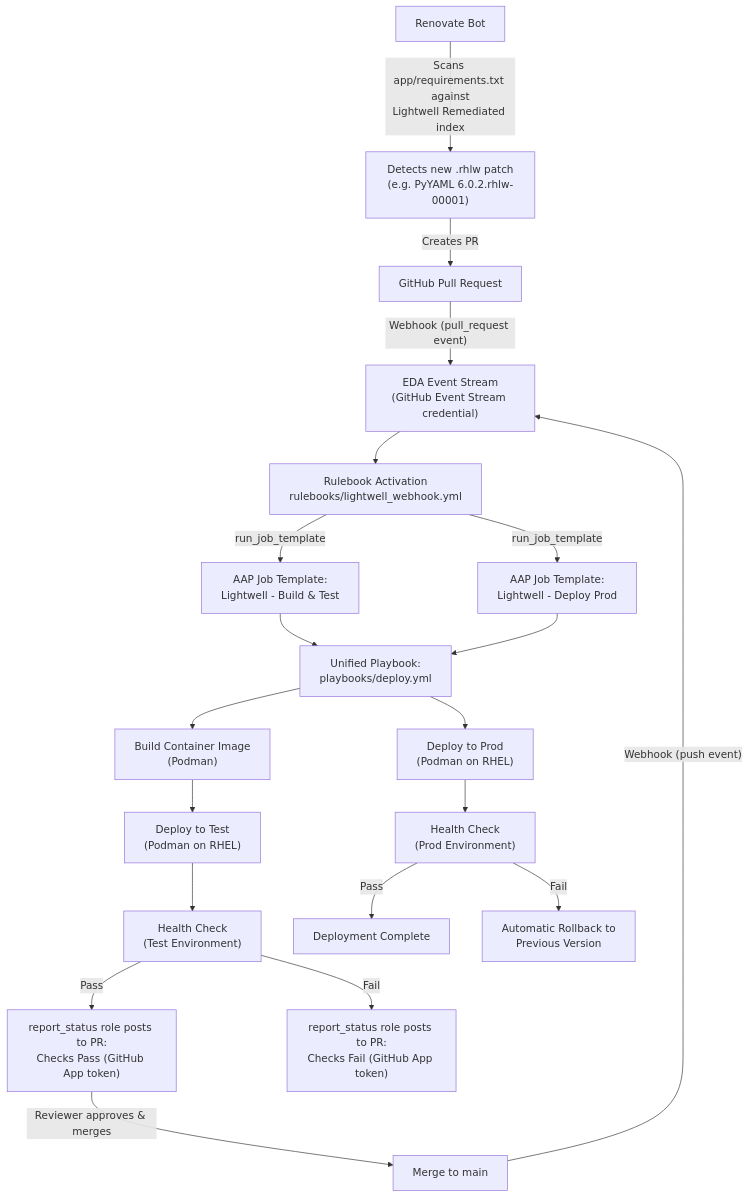
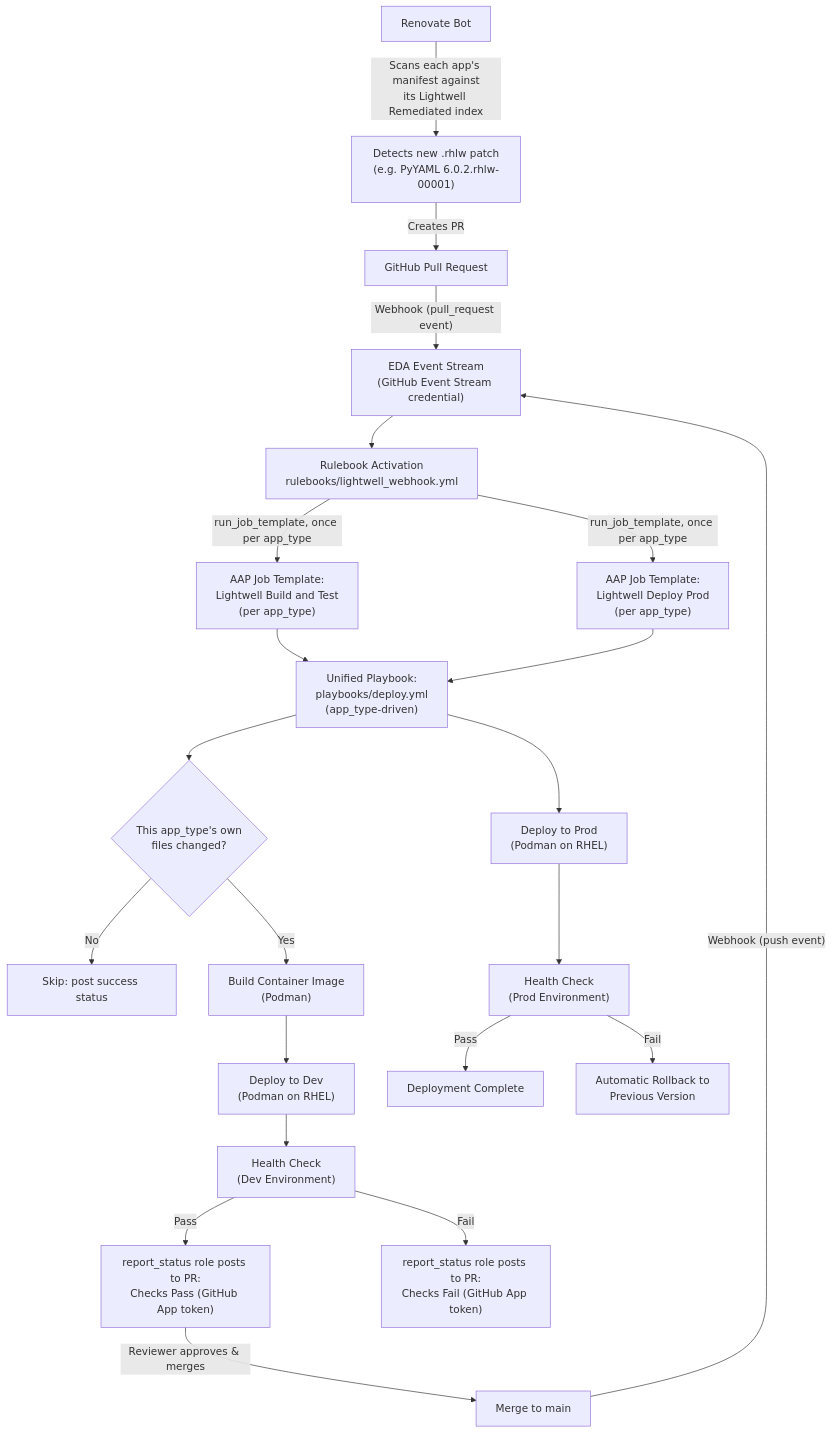
One commit to zjleblanc/ansible-lightwell changed the diagram in README.md. Above: the diagram before and after it, drawn with Mermaid. The commit also changed other lines of this file and 38 other files, not shown here.

Commit message:
Restructure repo to support multiple app types via an app_type switch

````diff
--- a/README.md
+++ b/README.md
@@ -25,22 +49,24 @@
 ```mermaid
 flowchart TD
-    RenovateBot["Renovate Bot"] -->|"Scans app/requirements.txt against\nLightwell Remediated index"| DetectPatch["Detects new .rhlw patch\n(e.g. PyYAML 6.0.2.rhlw-00001)"]
+    RenovateBot["Renovate Bot"] -->|"Scans each app's manifest against\nits Lightwell Remediated index"| DetectPatch["Detects new .rhlw patch\n(e.g. PyYAML 6.0.2.rhlw-00001)"]
     DetectPatch -->|"Creates PR"| GitHubPR["GitHub Pull Request"]
     GitHubPR -->|"Webhook (pull_request event)"| EventStream["EDA Event Stream\n(GitHub Event Stream credential)"]
     EventStream --> Rulebook["Rulebook Activation\nrulebooks/lightwell_webhook.yml"]
-    Rulebook -->|"run_job_template"| AAP_Test["AAP Job Template:\nLightwell - Build & Test"]
-    AAP_Test --> UnifiedDeploy["Unified Playbook:\nplaybooks/deploy.yml"]
-    UnifiedDeploy --> BuildImg["Build Container Image\n(Podman)"]
-    BuildImg --> DeployTest["Deploy to Test\n(Podman on RHEL)"]
-    DeployTest --> HealthTest["Health Check\n(Test Environment)"]
+    Rulebook -->|"run_job_template, once per app_type"| AAP_Test["AAP Job Template:\nLightwell Build and Test\n(per app_type)"]
+    AAP_Test --> UnifiedDeploy["Unified Playbook:\nplaybooks/deploy.yml\n(app_type-driven)"]
+    UnifiedDeploy --> PathFilter{"This app_type's own\nfiles changed?"}
+    PathFilter -->|"No"| Skip["Skip: post success status"]
+    PathFilter -->|"Yes"| BuildImg["Build Container Image\n(Podman)"]
+    BuildImg --> DeployTest["Deploy to Dev\n(Podman on RHEL)"]
+    DeployTest --> HealthTest["Health Check\n(Dev Environment)"]
     HealthTest -->|"Pass"| ApprovePR["report_status role posts to PR:\nChecks Pass (GitHub App token)"]
     HealthTest -->|"Fail"| FailPR["report_status role posts to PR:\nChecks Fail (GitHub App token)"]
     ApprovePR -->|"Reviewer approves & merges"| MergeMain["Merge to main"]
     MergeMain -->|"Webhook (push event)"| EventStream
-    Rulebook -->|"run_job_template"| AAP_Prod["AAP Job Template:\nLightwell - Deploy Prod"]
+    Rulebook -->|"run_job_template, once per app_type"| AAP_Prod["AAP Job Template:\nLightwell Deploy Prod\n(per app_type)"]
     AAP_Prod --> UnifiedDeploy
     UnifiedDeploy --> DeployProd["Deploy to Prod\n(Podman on RHEL)"]
     DeployProd --> HealthProd["Health Check\n(Prod Environment)"]
     HealthProd -->|"Pass"| Done["Deployment Complete"]
     HealthProd -->|"Fail"| Rollback["Automatic Rollback to\nPrevious Version"]
 ```
````
